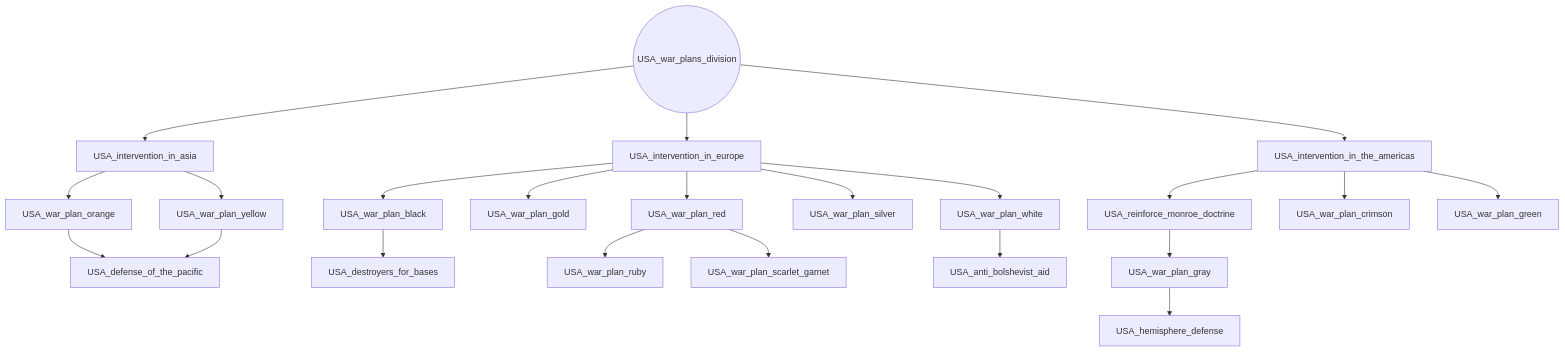
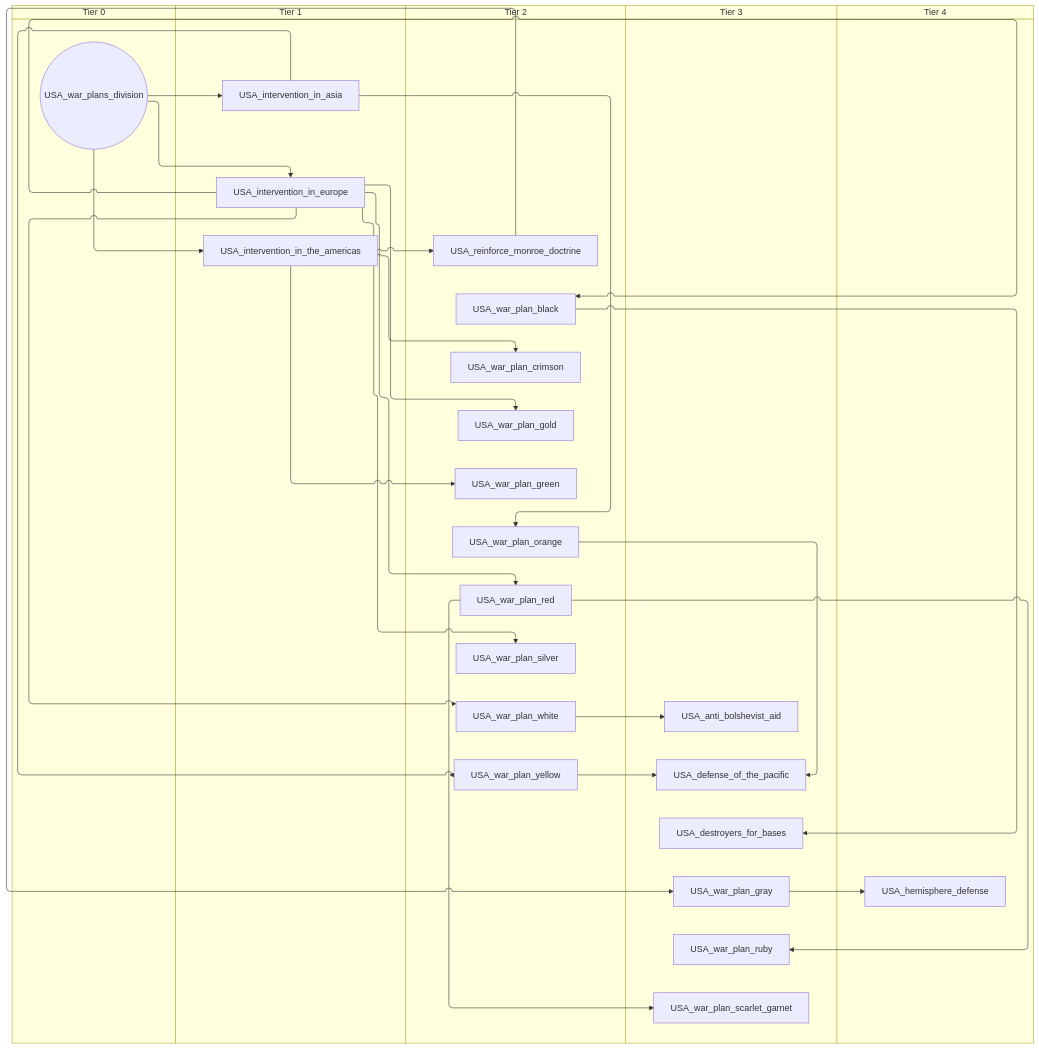
One commit to evgeny-sobol/hoi4-sandbox-mode changed the fourth of 4 diagrams in docs/gdd/National Focuses/usa.md. Above: the diagram before and after it, drawn with Mermaid. The commit also changed other lines of this file and 80 other files, not shown here.

First line of the commit message:
Add swimlane mode to focus graph exporter

````diff
--- a/docs/gdd/National Focuses/usa.md
+++ b/docs/gdd/National Focuses/usa.md
@@ -311,45 +357,55 @@
 ```mermaid
-flowchart TD
-    n115["USA_anti_bolshevist_aid"]
-    n116["USA_defense_of_the_pacific"]
-    n117["USA_destroyers_for_bases"]
-    n118["USA_hemisphere_defense"]
-    n119["USA_intervention_in_asia"]
-    n120["USA_intervention_in_europe"]
-    n121["USA_intervention_in_the_americas"]
-    n122["USA_reinforce_monroe_doctrine"]
-    n123["USA_war_plan_black"]
-    n124["USA_war_plan_crimson"]
-    n125["USA_war_plan_gold"]
-    n126["USA_war_plan_gray"]
-    n127["USA_war_plan_green"]
-    n128["USA_war_plan_orange"]
-    n129["USA_war_plan_red"]
-    n130["USA_war_plan_ruby"]
-    n131["USA_war_plan_scarlet_garnet"]
-    n132["USA_war_plan_silver"]
-    n133["USA_war_plan_white"]
-    n134["USA_war_plan_yellow"]
-    n135(("USA_war_plans_division"))
-    n133 --> n115
-    n134 --> n116
-    n128 --> n116
-    n123 --> n117
-    n126 --> n118
-    n135 --> n119
-    n135 --> n120
-    n135 --> n121
-    n121 --> n122
-    n120 --> n123
-    n121 --> n124
-    n120 --> n125
-    n122 --> n126
-    n121 --> n127
-    n119 --> n128
-    n120 --> n129
-    n129 --> n130
-    n129 --> n131
-    n120 --> n132
-    n120 --> n133
-    n119 --> n134
+swimlane-beta TD
+    subgraph tier_0["Tier 0"]
+        n115(("USA_war_plans_division"))
+    end
+    subgraph tier_1["Tier 1"]
+        n116["USA_intervention_in_asia"]
+        n117["USA_intervention_in_europe"]
+        n118["USA_intervention_in_the_americas"]
+    end
+    subgraph tier_2["Tier 2"]
+        n119["USA_reinforce_monroe_doctrine"]
+        n120["USA_war_plan_black"]
+        n121["USA_war_plan_crimson"]
+        n122["USA_war_plan_gold"]
+        n123["USA_war_plan_green"]
+        n124["USA_war_plan_orange"]
+        n125["USA_war_plan_red"]
+        n126["USA_war_plan_silver"]
+        n127["USA_war_plan_white"]
+        n128["USA_war_plan_yellow"]
+    end
+    subgraph tier_3["Tier 3"]
+        n129["USA_anti_bolshevist_aid"]
+        n130["USA_defense_of_the_pacific"]
+        n131["USA_destroyers_for_bases"]
+        n132["USA_war_plan_gray"]
+        n133["USA_war_plan_ruby"]
+        n134["USA_war_plan_scarlet_garnet"]
+    end
+    subgraph tier_4["Tier 4"]
+        n135["USA_hemisphere_defense"]
+    end
+    n127 --> n129
+    n128 --> n130
+    n124 --> n130
+    n120 --> n131
+    n132 --> n135
+    n115 --> n116
+    n115 --> n117
+    n115 --> n118
+    n118 --> n119
+    n117 --> n120
+    n118 --> n121
+    n117 --> n122
+    n119 --> n132
+    n118 --> n123
+    n116 --> n124
+    n117 --> n125
+    n125 --> n133
+    n125 --> n134
+    n117 --> n126
+    n117 --> n127
+    n116 --> n128
 ```
````
